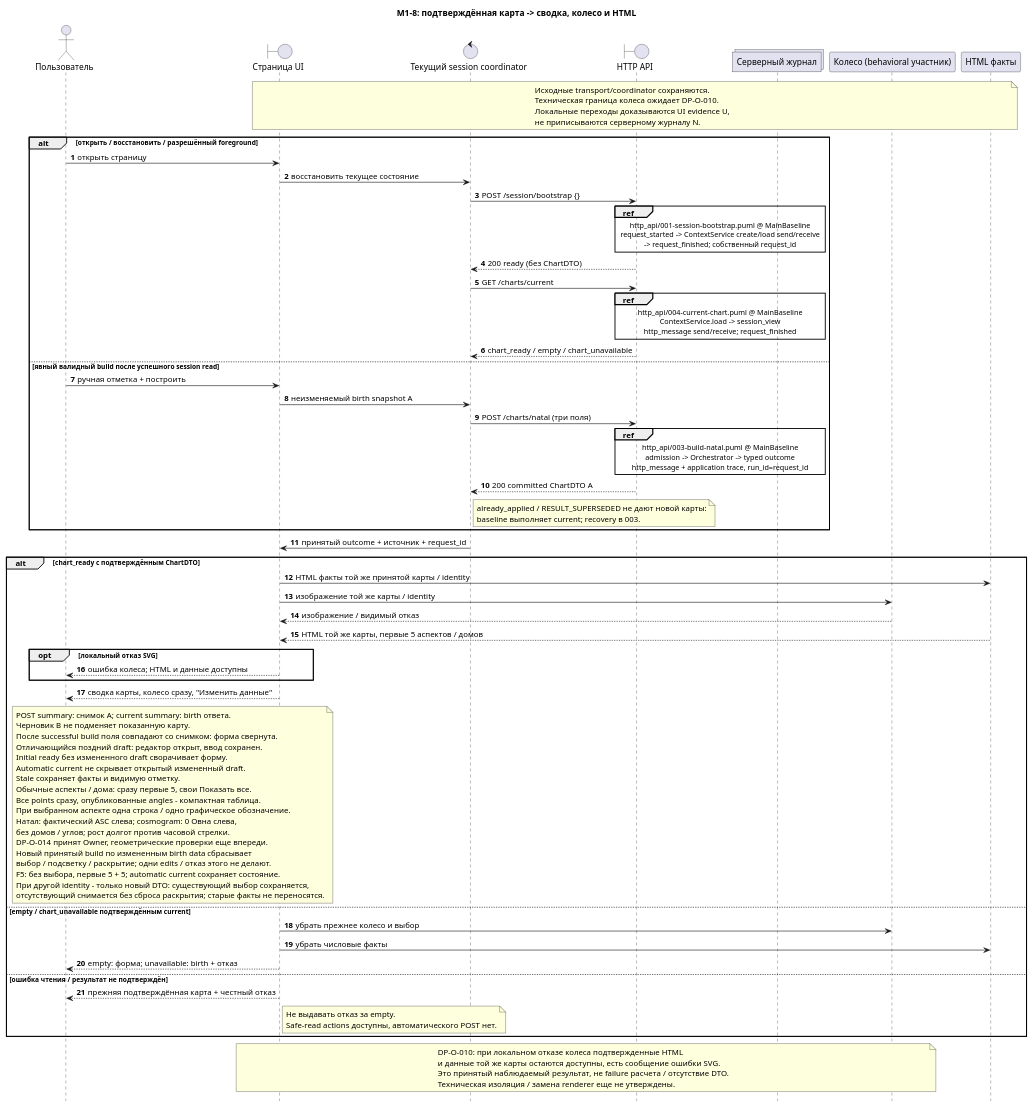
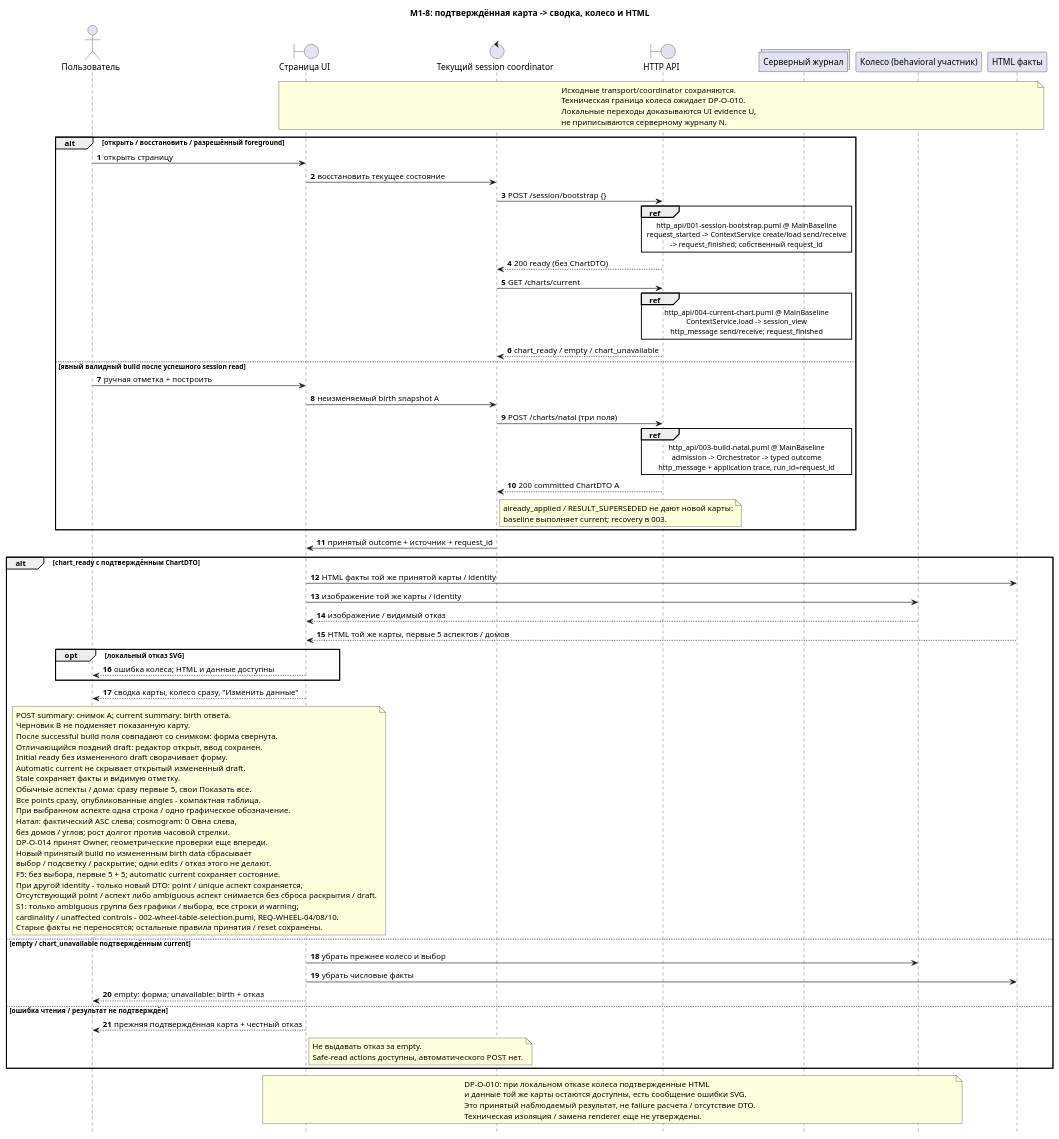
One commit to ksenia-baranova/exact-orb-demo changed the diagram in docs/project_management/change_plans/ui-chart-wheel/analyst/sequence_diagrams/ui/001-chart-presentation.puml. Above: the diagram before and after it, drawn with PlantUML. The commit also changed 5 other files, not shown here.

```diff
--- a/docs/project_management/change_plans/ui-chart-wheel/analyst/sequence_diagrams/ui/001-chart-presentation.puml
+++ b/docs/project_management/change_plans/ui-chart-wheel/analyst/sequence_diagrams/ui/001-chart-presentation.puml
@@ -1,102 +1,105 @@
 @startuml
 ' Owner: Functional Analyst. TASK-A-001; draft package v3; update 2026-10-15.
 ' Update InputSHA 2169845b770754e11ae8b5cb1e13ffcd780784c8; v2 at cb25422; new Owner evidence pending Manager registration
 ' REQ-WHEEL-01/02/03/08/09/11; REQ-UI-01/03/08/11
 ' AS-WHEEL-01/02/03/05/06/14/15/24/25
 ' Clean target: docs/sequence_diagrams/ui/001-chart-presentation.puml
 title M1-8: подтверждённая карта -> сводка, колесо и HTML
 autonumber
 hide footbox
 actor "Пользователь" as User
 boundary "Страница UI" as Page
 control "Текущий session coordinator" as Session
 boundary "HTTP API" as API
 collections "Серверный журнал" as Log
 participant "Колесо (behavioral участник)" as Wheel
 participant "HTML факты" as Facts
 note over Page, Facts
 Исходные transport/coordinator сохраняются.
 Техническая граница колеса ожидает DP-O-010.
 Локальные переходы доказываются UI evidence U,
 не приписываются серверному журналу N.
 end note
 alt открыть / восстановить / разрешённый foreground
   User -> Page : открыть страницу
   Page -> Session : восстановить текущее состояние
   Session -> API : POST /session/bootstrap {}
   ref over API, Log
     http_api/001-session-bootstrap.puml @ MainBaseline
     request_started -> ContextService create/load send/receive
     -> request_finished; собственный request_id
   end ref
   API --> Session : 200 ready (без ChartDTO)
   Session -> API : GET /charts/current
   ref over API, Log
     http_api/004-current-chart.puml @ MainBaseline
     ContextService.load -> session_view
     http_message send/receive; request_finished
   end ref
   API --> Session : chart_ready / empty / chart_unavailable
 else явный валидный build после успешного session read
   User -> Page : ручная отметка + построить
   Page -> Session : неизменяемый birth snapshot A
   Session -> API : POST /charts/natal (три поля)
   ref over API, Log
     http_api/003-build-natal.puml @ MainBaseline
     admission -> Orchestrator -> typed outcome
     http_message + application trace, run_id=request_id
   end ref
   API --> Session : 200 committed ChartDTO A
   note right of Session
   already_applied / RESULT_SUPERSEDED не дают новой карты:
   baseline выполняет current; recovery в 003.
   end note
 end
 Session -> Page : принятый outcome + источник + request_id
 alt chart_ready с подтверждённым ChartDTO
   Page -> Facts : HTML факты той же принятой карты / identity
   Page -> Wheel : изображение той же карты / identity
   Wheel --> Page : изображение / видимый отказ
   Facts --> Page : HTML той же карты, первые 5 аспектов / домов
   opt локальный отказ SVG
     Page --> User : ошибка колеса; HTML и данные доступны
   end
   Page --> User : сводка карты, колесо сразу, "Изменить данные"
   note over Page, User
   POST summary: снимок A; current summary: birth ответа.
   Черновик B не подменяет показанную карту.
   После successful build поля совпадают со снимком: форма свернута.
   Отличающийся поздний draft: редактор открыт, ввод сохранен.
   Initial ready без измененного draft сворачивает форму.
   Automatic current не скрывает открытый измененный draft.
   Stale сохраняет факты и видимую отметку.
   Обычные аспекты / дома: сразу первые 5, свои Показать все.
   Все points сразу, опубликованные angles - компактная таблица.
   При выбранном аспекте одна строка / одно графическое обозначение.
   Натал: фактический ASC слева; cosmogram: 0 Овна слева,
   без домов / углов; рост долгот против часовой стрелки.
   DP-O-014 принят Owner, геометрические проверки еще впереди.
   Новый принятый build по измененным birth data сбрасывает
   выбор / подсветку / раскрытие; одни edits / отказ этого не делают.
   F5: без выбора, первые 5 + 5; automatic current сохраняет состояние.
-  При другой identity - только новый DTO: существующий выбор сохраняется,
-  отсутствующий снимается без сброса раскрытия; старые факты не переносятся.
+  При другой identity - только новый DTO: point / unique аспект сохраняется,
+  Отсутствующий point / аспект либо ambiguous аспект снимается без сброса раскрытия / draft.
+  S1: только ambiguous группа без графики / выбора, все строки и warning;
+  cardinality / unaffected controls - 002-wheel-table-selection.puml, REQ-WHEEL-04/08/10.
+  Старые факты не переносятся; остальные правила принятия / reset сохранены.
   end note
 else empty / chart_unavailable подтверждённым current
   Page -> Wheel : убрать прежнее колесо и выбор
   Page -> Facts : убрать числовые факты
   Page --> User : empty: форма; unavailable: birth + отказ
 else ошибка чтения / результат не подтверждён
   Page --> User : прежняя подтверждённая карта + честный отказ
   note right of Page
   Не выдавать отказ за empty.
   Safe-read actions доступны, автоматического POST нет.
   end note
 end
 note over Page, Wheel
 DP-O-010: при локальном отказе колеса подтвержденные HTML
 и данные той же карты остаются доступны, есть сообщение ошибки SVG.
 Это принятый наблюдаемый результат, не failure расчета / отсутствие DTO.
 Техническая изоляция / замена renderer еще не утверждены.
 end note
 @enduml
```
